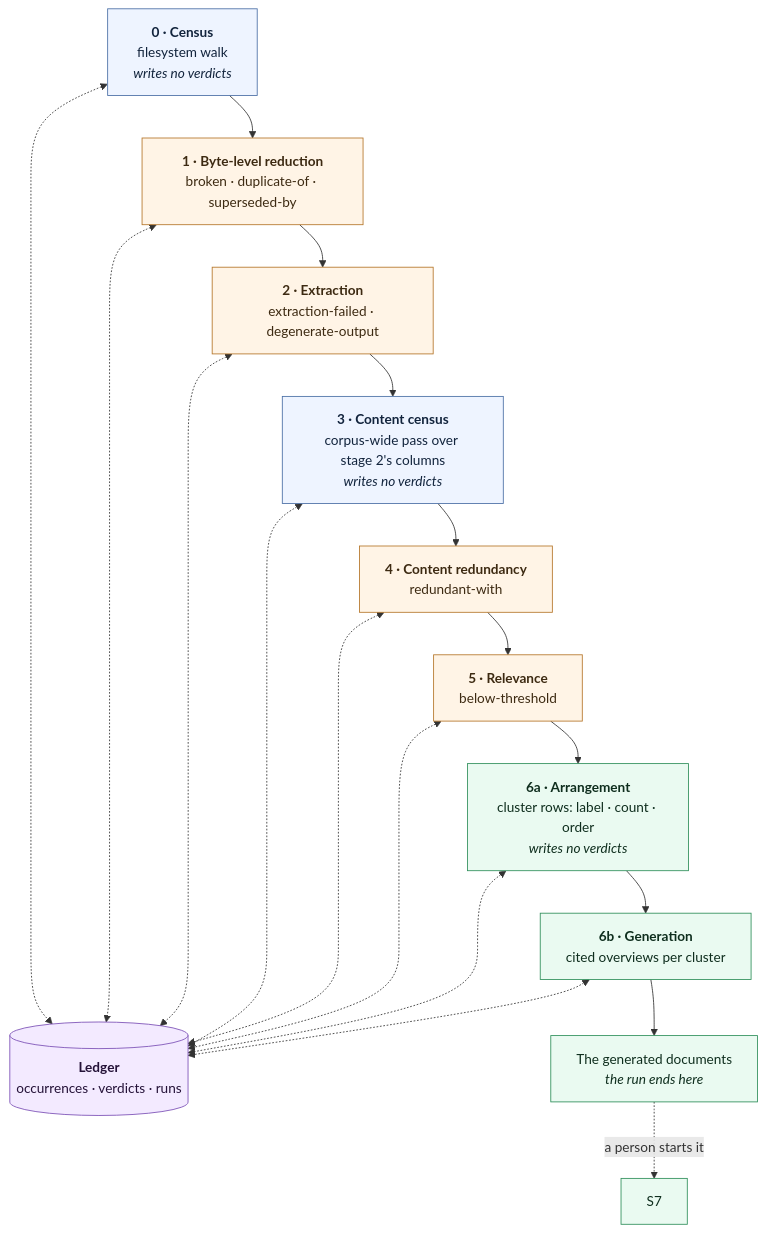
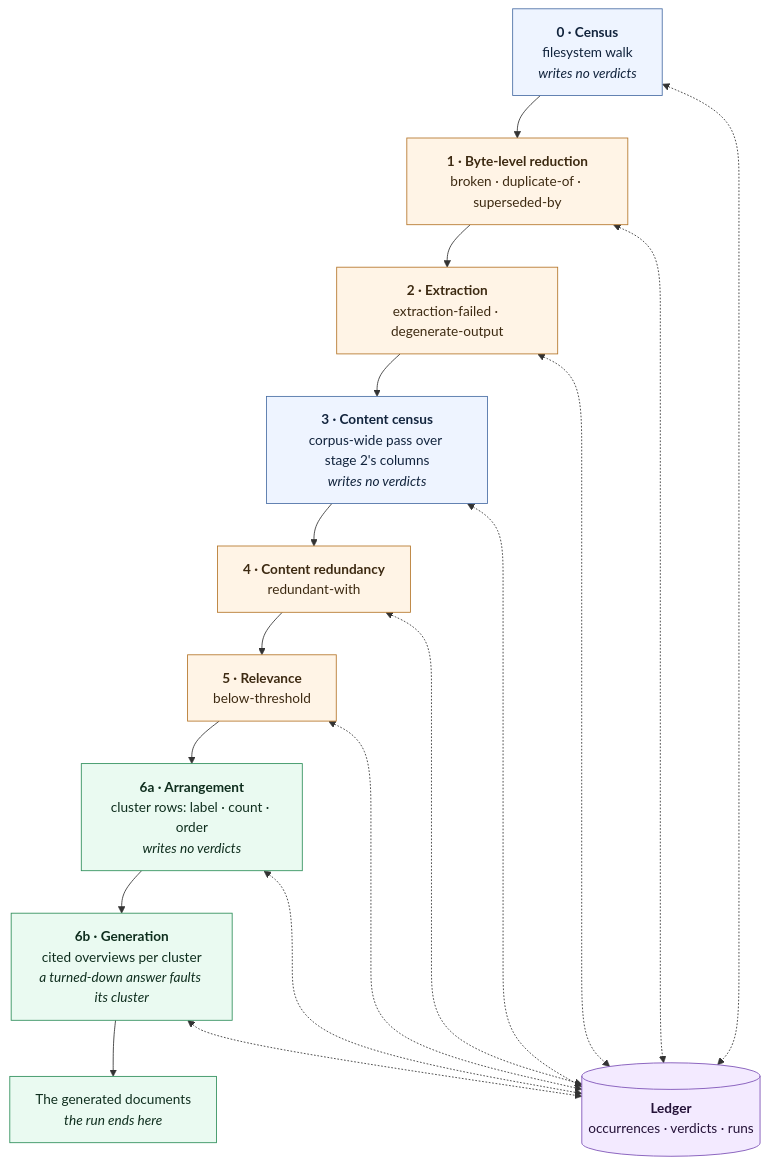
The first of 6 diagrams in docs/architecture.md (algernon28/vespera), drawn with Mermaid before and after one commit. The commit also changed other lines of this file and 4 other files, not shown here.

````diff
--- a/docs/architecture.md
+++ b/docs/architecture.md
@@ -35,34 +35,33 @@
 ```mermaid
 flowchart TD
     S0["<b>0 · Census</b><br/>filesystem walk<br/><i>writes no verdicts</i>"]
     S1["<b>1 · Byte-level reduction</b><br/>broken · duplicate-of · superseded-by"]
     S2["<b>2 · Extraction</b><br/>extraction-failed · degenerate-output"]
     S3["<b>3 · Content census</b><br/>corpus-wide pass over stage 2's columns<br/><i>writes no verdicts</i>"]
     S4["<b>4 · Content redundancy</b><br/>redundant-with"]
     S5["<b>5 · Relevance</b><br/>below-threshold"]
     S6A["<b>6a · Arrangement</b><br/>cluster rows: label · count · order<br/><i>writes no verdicts</i>"]
-    S6B["<b>6b · Generation</b><br/>cited overviews per cluster"]
+    S6B["<b>6b · Generation</b><br/>cited overviews per cluster<br/><i>a turned-down answer faults its cluster</i>"]
     LEDGER[("<b>Ledger</b><br/>occurrences · verdicts · runs")]
     ART["The generated documents<br/><i>the run ends here</i>"]
 
     S0 --> S1 --> S2 --> S3 --> S4 --> S5 --> S6A --> S6B --> ART
-    ART -. "a person starts it" .-> S7
 
     S0 <-.-> LEDGER
     S1 <-.-> LEDGER
     S2 <-.-> LEDGER
     S3 <-.-> LEDGER
     S4 <-.-> LEDGER
     S5 <-.-> LEDGER
     S6A <-.-> LEDGER
     S6B <-.-> LEDGER
 
     classDef measure fill:#eef4ff,stroke:#4a6fa5,color:#12243d
     classDef judge fill:#fff4e6,stroke:#b5762a,color:#3d2a12
     classDef out fill:#eafaf1,stroke:#2f8f5b,color:#0f2e1e
     classDef store fill:#f3eaff,stroke:#7a4fb5,color:#241238
     class S0,S3 measure
     class S1,S2,S4,S5 judge
-    class S6A,S6B,S7,ART out
+    class S6A,S6B,ART out
     class LEDGER store
 ```
````
